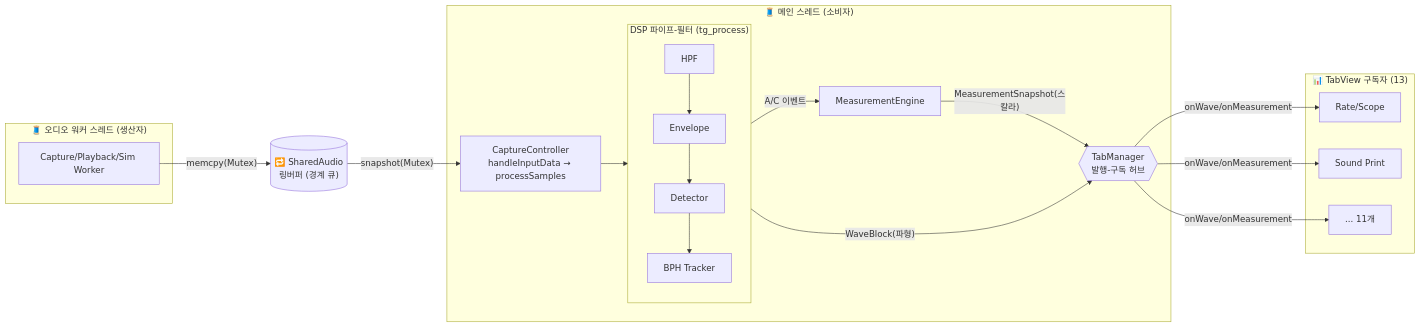
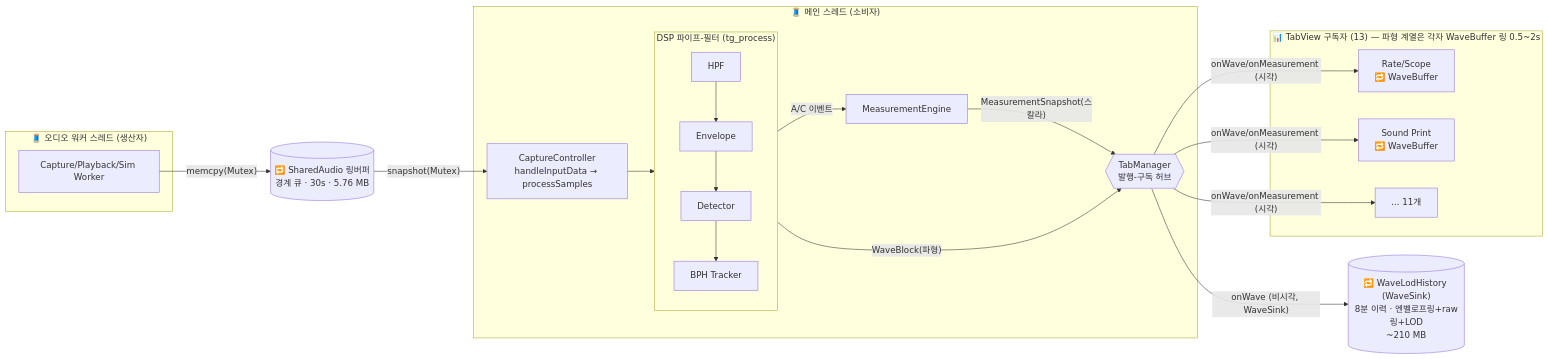
One commit to jaehong179/architect_cmu changed the third of 4 diagrams in documents/archive/ARCHITECTURE.md. Above: the diagram before and after it, drawn with Mermaid. The commit also changed other lines of this file and 1 other file, not shown here.

Commit message:
docs(archive): show all three ring buffers in the C&C view diagram
The §5 C&C diagram only drew the SharedAudio ring; per-tab WaveBuffer and the
central WaveLodHistory were missing. Now the diagram shows all three (SharedAudio
ring 30s/5.76MB, per-tab WaveBuffer ring on wave tabs, WaveLodHistory WaveSink
~210MB) and a buffer-composition table makes the kinds/sizes/addressing explicit:
all are rings keyed by absolute sample index; only SharedAudio crosses the thread
boundary; scalar-only tabs hold no WaveBuffer. CC_VIEW figure 1 annotated too.

Confirms: yes, each wave/scope tab owns its own WaveBuffer ring (mBuf[a % mCap]).

````diff
--- a/documents/archive/ARCHITECTURE.md
+++ b/documents/archive/ARCHITECTURE.md
@@ -160,30 +160,32 @@
 ```mermaid
 flowchart LR
     subgraph WT["🧵 오디오 워커 스레드 (생산자)"]
         W[Capture/Playback/Sim Worker]
     end
-    RB[("🔁 SharedAudio<br/>링버퍼 (경계 큐)")]
+    RB[("🔁 SharedAudio 링버퍼<br/>경계 큐 · 30s · 5.76 MB")]
 
     subgraph MT["🧵 메인 스레드 (소비자)"]
         CC[CaptureController<br/>handleInputData → processSamples]
         subgraph PF["DSP 파이프-필터 (tg_process)"]
             HPF[HPF] --> ENV[Envelope] --> DETf[Detector] --> BPHf[BPH Tracker]
         end
         ME[MeasurementEngine]
         TM{{TabManager<br/>발행-구독 허브}}
     end
 
-    subgraph TABS["📊 TabView 구독자 (13)"]
-        T1[Rate/Scope]
-        T2[Sound Print]
+    subgraph TABS["📊 TabView 구독자 (13) — 파형 계열은 각자 WaveBuffer 링 0.5~2s"]
+        T1["Rate/Scope<br/>🔁 WaveBuffer"]
+        T2["Sound Print<br/>🔁 WaveBuffer"]
         T3[... 11개]
     end
+    HIST[("🔁 WaveLodHistory (WaveSink)<br/>8분 이력 · 엔벨로프링+raw링+LOD<br/>~210 MB")]
 
     W -- "memcpy(Mutex)" --> RB
     RB -- "snapshot(Mutex)" --> CC
     CC --> PF
     PF -- "A/C 이벤트" --> ME
     PF -- "WaveBlock(파형)" --> TM
     ME -- "MeasurementSnapshot(스칼라)" --> TM
-    TM -- onWave/onMeasurement --> T1 & T2 & T3
+    TM -- "onWave/onMeasurement (시각)" --> T1 & T2 & T3
+    TM -- "onWave (비시각, WaveSink)" --> HIST
 ```
````
